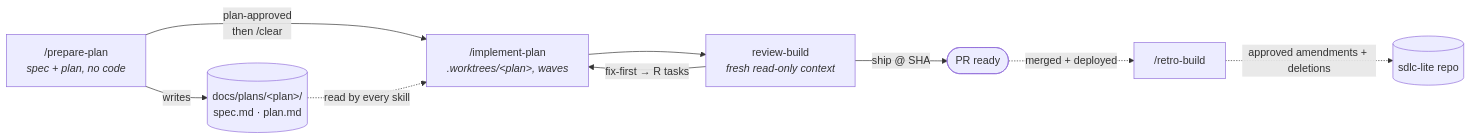
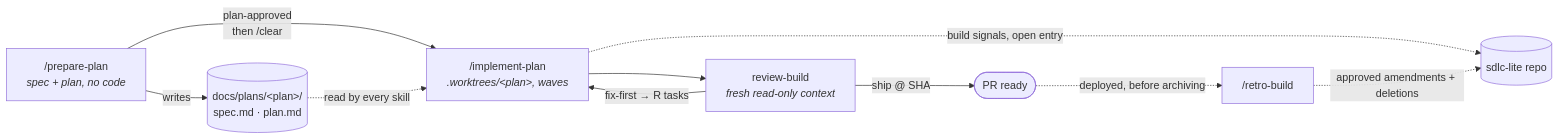
One commit to ayberkcansever/ai-skills changed the second of 3 diagrams in README.md. Above: the diagram before and after it, drawn with Mermaid. The commit also changed other lines of this file and 2 other files, not shown here.

First line of the commit message:
feat(sdlc-lite): log every build's signals, retro before archiving

````diff
--- a/README.md
+++ b/README.md
@@ -231,11 +231,12 @@
 ```mermaid
 flowchart LR
     P["/prepare-plan<br/><i>spec + plan, no code</i>"] -->|"plan-approved<br/>then /clear"| I
     I["/implement-plan<br/><i>.worktrees/#lt;plan#gt;, waves</i>"] --> R["review-build<br/><i>fresh read-only context</i>"]
     R -->|"fix-first → R tasks"| I
     R -->|"ship @ SHA"| PR(["PR ready"])
-    PR -.->|"merged + deployed"| T["/retro-build"]
+    I -.->|"build signals, open entry"| S
+    PR -.->|"deployed, before archiving"| T["/retro-build"]
     T -.->|"approved amendments + deletions"| S[("sdlc-lite repo")]
     P -->|"writes"| D[("docs/plans/#lt;plan#gt;/<br/>spec.md · plan.md")]
     D -.->|"read by every skill"| I
 ```
````
